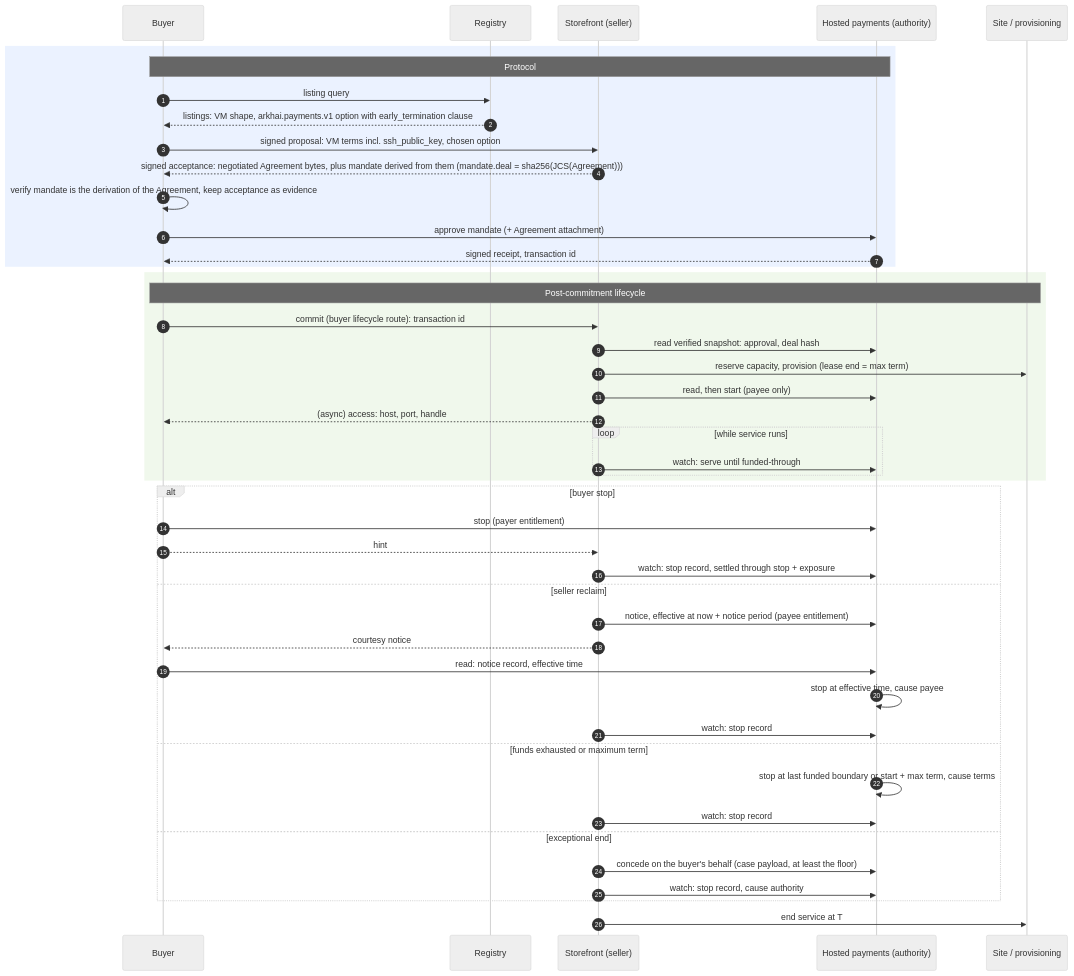
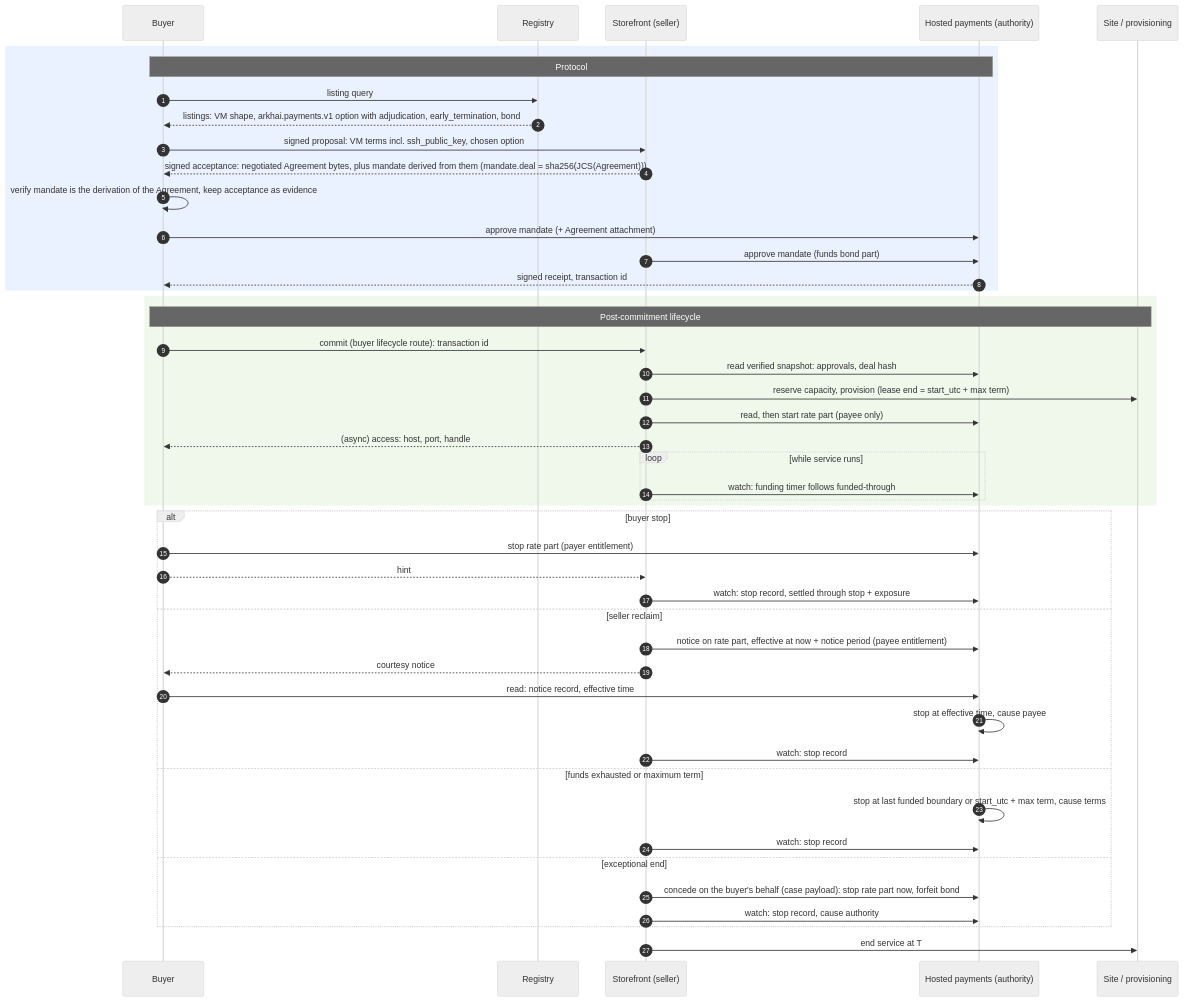
One commit to arkhai-io/simple-compute-market changed the second of 2 diagrams in openspec/changes/agreed-evidence-and-early-termination/design.md. Above: the diagram before and after it, drawn with Mermaid (neutral theme). The commit also changed other lines of this file and 13 other files, not shown here.

Commit message:
Revise agreed-evidence-and-early-termination after third design review

````diff
--- a/openspec/changes/agreed-evidence-and-early-termination/design.md
+++ b/openspec/changes/agreed-evidence-and-early-termination/design.md
@@ -241,51 +265,52 @@
 ```mermaid
 sequenceDiagram
     autonumber
     participant B as Buyer
     participant R as Registry
     participant S as Storefront (seller)
     participant P as Hosted payments (authority)
     participant X as Site / provisioning
 
     rect rgb(235, 242, 255)
     Note over B,P: Protocol
     B->>R: listing query
-    R-->>B: listings: VM shape, arkhai.payments.v1 option with early_termination clause
+    R-->>B: listings: VM shape, arkhai.payments.v1 option with adjudication, early_termination, bond
     B->>S: signed proposal: VM terms incl. ssh_public_key, chosen option
     S-->>B: signed acceptance: negotiated Agreement bytes, plus mandate derived from them (mandate.deal = sha256(JCS(Agreement)))
     B->>B: verify mandate is the derivation of the Agreement, keep acceptance as evidence
     B->>P: approve mandate (+ Agreement attachment)
+    S->>P: approve mandate (funds bond part)
     P-->>B: signed receipt, transaction id
     end
 
     rect rgb(240, 248, 236)
     Note over B,X: Post-commitment lifecycle
     B->>S: commit (buyer lifecycle route): transaction id
-    S->>P: read verified snapshot: approval, deal hash
-    S->>X: reserve capacity, provision (lease end = max term)
-    S->>P: read, then start (payee only)
+    S->>P: read verified snapshot: approvals, deal hash
+    S->>X: reserve capacity, provision (lease end = start_utc + max term)
+    S->>P: read, then start rate part (payee only)
     S-->>B: (async) access: host, port, handle
     loop while service runs
-        S->>P: watch: serve until funded-through
+        S->>P: watch: funding timer follows funded-through
     end
     end
 
     alt buyer stop
-        B->>P: stop (payer entitlement)
+        B->>P: stop rate part (payer entitlement)
         B-->>S: hint
         S->>P: watch: stop record, settled through stop + exposure
     else seller reclaim
-        S->>P: notice, effective at now + notice period (payee entitlement)
+        S->>P: notice on rate part, effective at now + notice period (payee entitlement)
         S-->>B: courtesy notice
         B->>P: read: notice record, effective time
         P->>P: stop at effective time, cause payee
         S->>P: watch: stop record
     else funds exhausted or maximum term
-        P->>P: stop at last funded boundary or start + max term, cause terms
+        P->>P: stop at last funded boundary or start_utc + max term, cause terms
         S->>P: watch: stop record
     else exceptional end
-        S->>P: concede on the buyer's behalf (case payload, at least the floor)
+        S->>P: concede on the buyer's behalf (case payload): stop rate part now, forfeit bond
         S->>P: watch: stop record, cause authority
     end
     S->>X: end service at T
 ```
````
